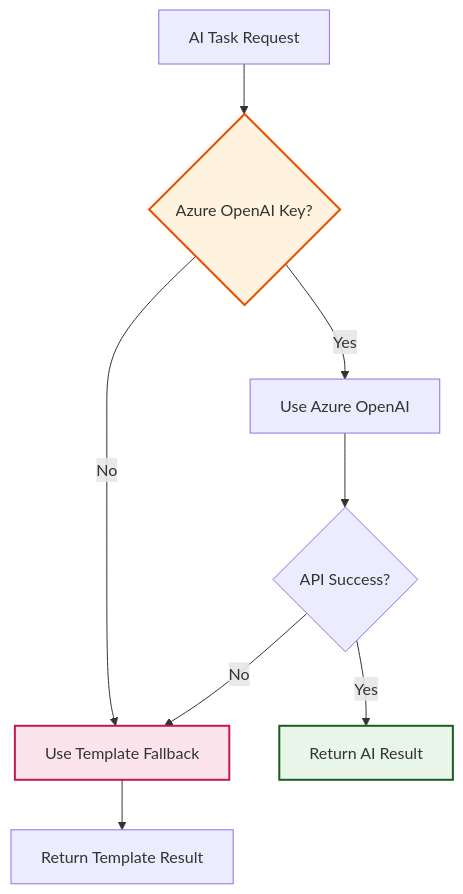
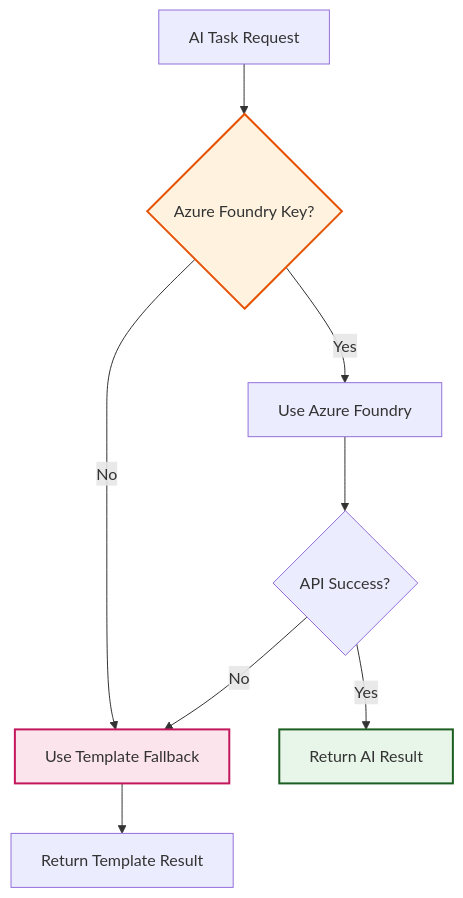
The second of 2 diagrams in doc/src/decisions/adr_014_ai_integration.md (Azure/osdu-spi), drawn with Mermaid before and after one commit. The commit also changed other lines of this file and 7 other files, not shown here.

First line of the commit message:
docs(terminology): update Azure OpenAI references to Azure Foundry

````diff
--- a/doc/src/decisions/adr_014_ai_integration.md
+++ b/doc/src/decisions/adr_014_ai_integration.md
@@ -122,16 +122,16 @@
 ```mermaid
 graph TD
-    A[AI Task Request] --> B{Azure OpenAI Key?}
-    B -->|Yes| C[Use Azure OpenAI]
+    A[AI Task Request] --> B{Azure Foundry Key?}
+    B -->|Yes| C[Use Azure Foundry]
     B -->|No| D[Use Template Fallback]
 
     C --> E{API Success?}
     E -->|Yes| F[Return AI Result]
     E -->|No| D
 
     D --> G[Return Template Result]
 
     style B fill:#fff3e0,stroke:#e65100,stroke-width:2px
     style D fill:#fce4ec,stroke:#c2185b,stroke-width:2px
     style F fill:#e8f5e9,stroke:#1b5e20,stroke-width:2px
 ```
````
